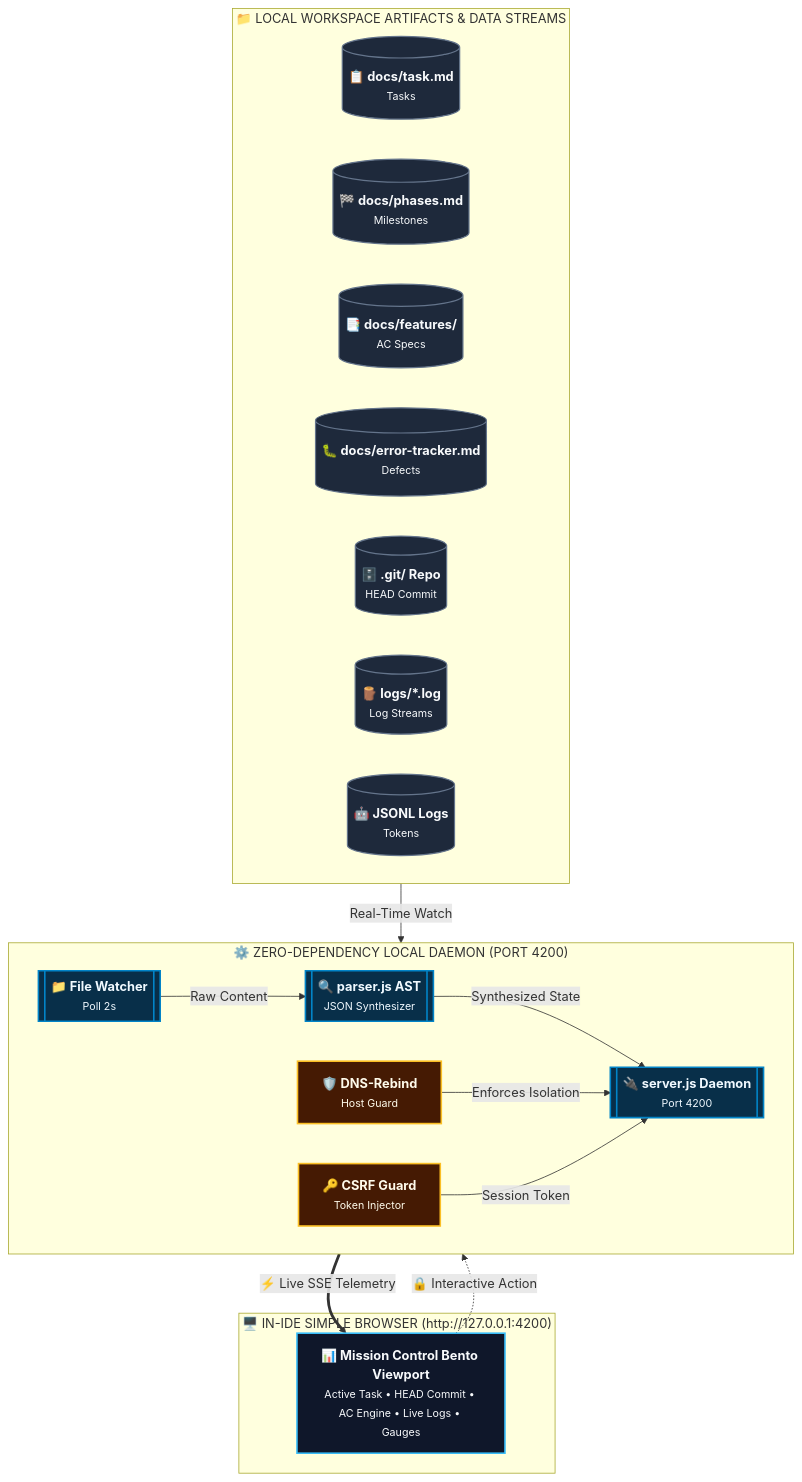
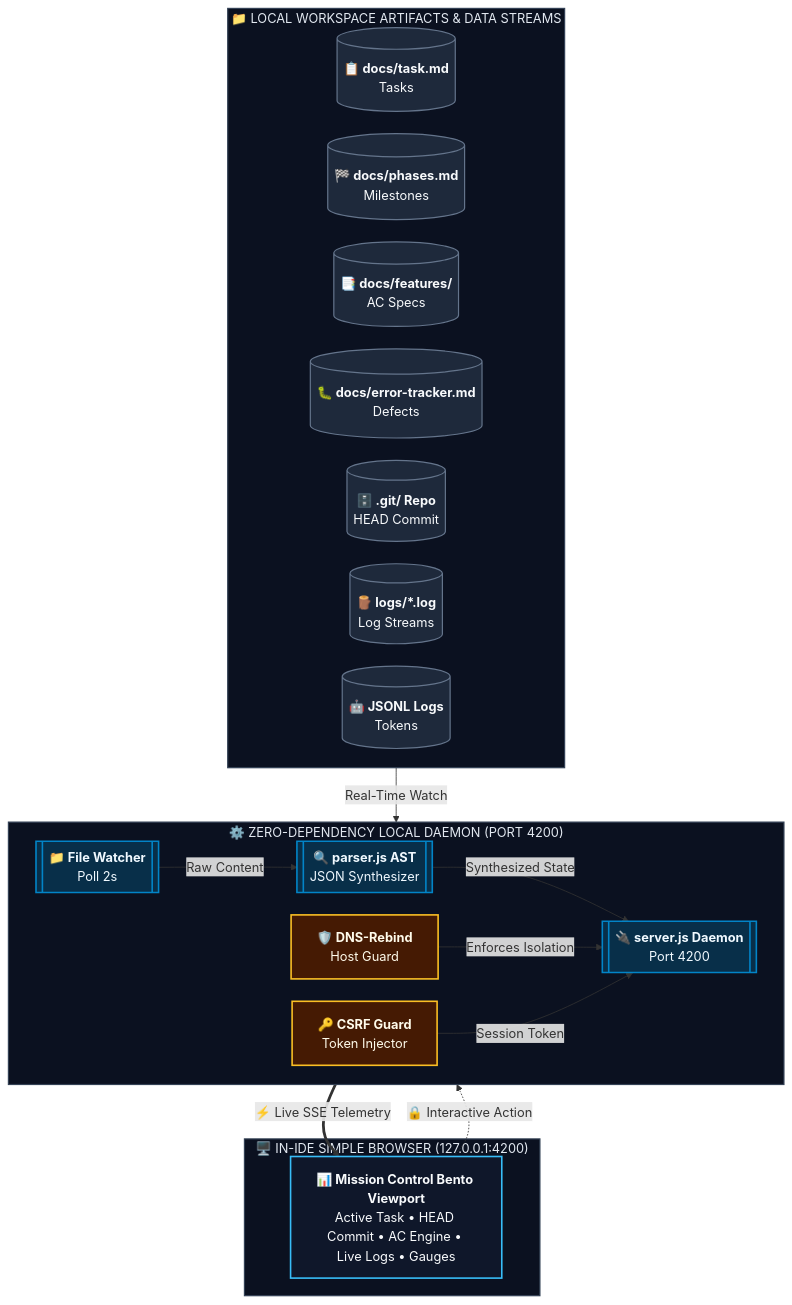
One commit to ChandanAY-24/Agentic-Development-ChandanAY changed the first of 4 diagrams in SDD-Vibe-Framework/Project-Manager-Dashboard/README.md. Above: the diagram before and after it, drawn with Mermaid. The commit also changed other lines of this file and 13 other files, not shown here.

Commit message:
docs: polish Mermaid diagrams across READMEs and guides

````diff
--- a/SDD-Vibe-Framework/Project-Manager-Dashboard/README.md
+++ b/SDD-Vibe-Framework/Project-Manager-Dashboard/README.md
@@ -24,39 +24,57 @@
 ```mermaid
+%%{init: {'flowchart': {'curve': 'basis', 'padding': 16, 'nodeSpacing': 28, 'rankSpacing': 44}}}%%
 flowchart TB
     classDef store fill:#1e293b,stroke:#64748b,stroke-width:1.5px,color:#f8fafc;
     classDef daemon fill:#082f49,stroke:#0284c7,stroke-width:2px,color:#f0f9ff;
     classDef client fill:#0f172a,stroke:#38bdf8,stroke-width:2px,color:#f8fafc;
     classDef sec fill:#451a03,stroke:#fbbf24,stroke-width:2px,color:#fffbeb;
 
     subgraph FilesystemState ["📁 LOCAL WORKSPACE ARTIFACTS & DATA STREAMS"]
         direction LR
-        Tasks[("<b>📋 docs/task.md</b><br/><small>Tasks</small>")]:::store
-        Phases[("<b>🏁 docs/phases.md</b><br/><small>Milestones</small>")]:::store
-        Specs[("<b>📑 docs/features/</b><br/><small>AC Specs</small>")]:::store
-        Errors[("<b>🐛 docs/error-tracker.md</b><br/><small>Defects</small>")]:::store
-        GitMeta[("<b>🗄️ .git/ Repo</b><br/><small>HEAD Commit</small>")]:::store
-        LogsStream[("<b>🪵 logs/*.log</b><br/><small>Log Streams</small>")]:::store
-        Transcripts[("<b>🤖 JSONL Logs</b><br/><small>Tokens</small>")]:::store
+        Tasks[("`**📋 docs/task.md**
+Tasks`")]:::store
+        Phases[("`**🏁 docs/phases.md**
+Milestones`")]:::store
+        Specs[("`**📑 docs/features/**
+AC Specs`")]:::store
+        Errors[("`**🐛 docs/error-tracker.md**
+Defects`")]:::store
+        GitMeta[("`**🗄️ .git/ Repo**
+HEAD Commit`")]:::store
+        LogsStream[("`**🪵 logs/*.log**
+Log Streams`")]:::store
+        Transcripts[("`**🤖 JSONL Logs**
+Tokens`")]:::store
     end
 
     subgraph DaemonEngine ["⚙️ ZERO-DEPENDENCY LOCAL DAEMON (PORT 4200)"]
         direction LR
-        Watcher[["<b>📁 File Watcher</b><br/><small>Poll 2s</small>"]]:::daemon
-        ASTParser[["<b>🔍 parser.js AST</b><br/><small>JSON Synthesizer</small>"]]:::daemon
-        Server[["<b>🔌 server.js Daemon</b><br/><small>Port 4200</small>"]]:::daemon
-        SecFilter["<b>🛡️ DNS-Rebind</b><br/><small>Host Guard</small>"]:::sec
-        CSRFManager["<b>🔑 CSRF Guard</b><br/><small>Token Injector</small>"]:::sec
+        Watcher[["`**📁 File Watcher**
+Poll 2s`"]]:::daemon
+        ASTParser[["`**🔍 parser.js AST**
+JSON Synthesizer`"]]:::daemon
+        Server[["`**🔌 server.js Daemon**
+Port 4200`"]]:::daemon
+        SecFilter["`**🛡️ DNS-Rebind**
+Host Guard`"]:::sec
+        CSRFManager["`**🔑 CSRF Guard**
+Token Injector`"]:::sec
     end
 
-    subgraph UIClient ["🖥️ IN-IDE SIMPLE BROWSER (http://127.0.0.1:4200)"]
-        DashboardUI["<b>📊 Mission Control Bento Viewport</b><br/><small>Active Task • HEAD Commit • AC Engine • Live Logs • Gauges</small>"]:::client
+    subgraph UIClient ["🖥️ IN-IDE SIMPLE BROWSER (127.0.0.1:4200)"]
+        DashboardUI["`**📊 Mission Control Bento Viewport**
+Active Task • HEAD Commit • AC Engine • Live Logs • Gauges`"]:::client
     end
 
     FilesystemState -->|"Real-Time Watch"| Watcher
     Watcher -->|"Raw Content"| ASTParser
     ASTParser -->|"Synthesized State"| Server
     SecFilter -->|"Enforces Isolation"| Server
     CSRFManager -->|"Session Token"| Server
     Server ==>|"⚡ Live SSE Telemetry"| DashboardUI
     DashboardUI -.->|"🔒 Interactive Action"| Server
+
+    style FilesystemState fill:#0b1120,stroke:#334155,stroke-width:1.5px,color:#e2e8f0
+    style DaemonEngine fill:#0b1120,stroke:#334155,stroke-width:1.5px,color:#e2e8f0
+    style UIClient fill:#0b1120,stroke:#334155,stroke-width:1.5px,color:#e2e8f0
 ```
````
